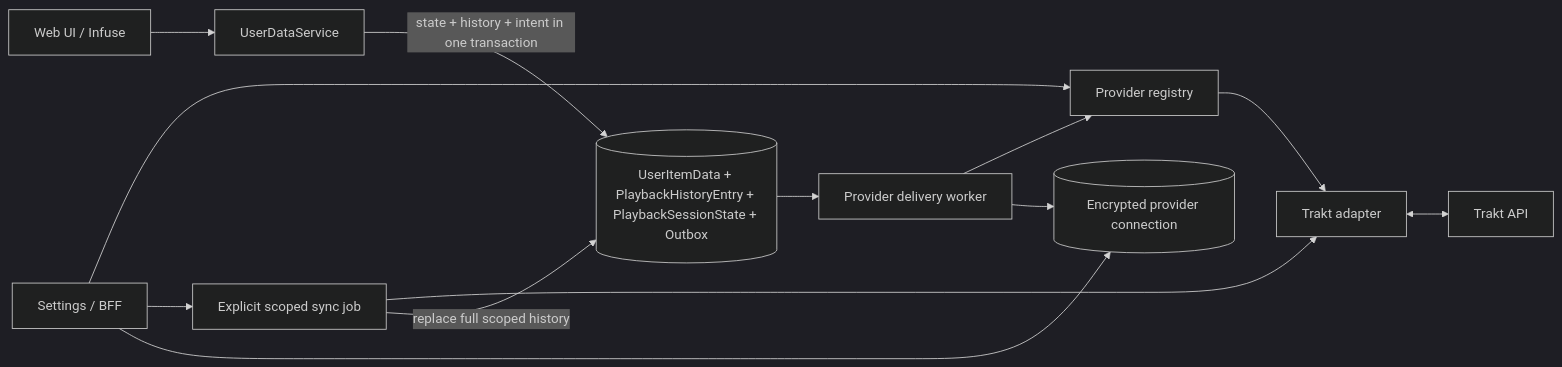
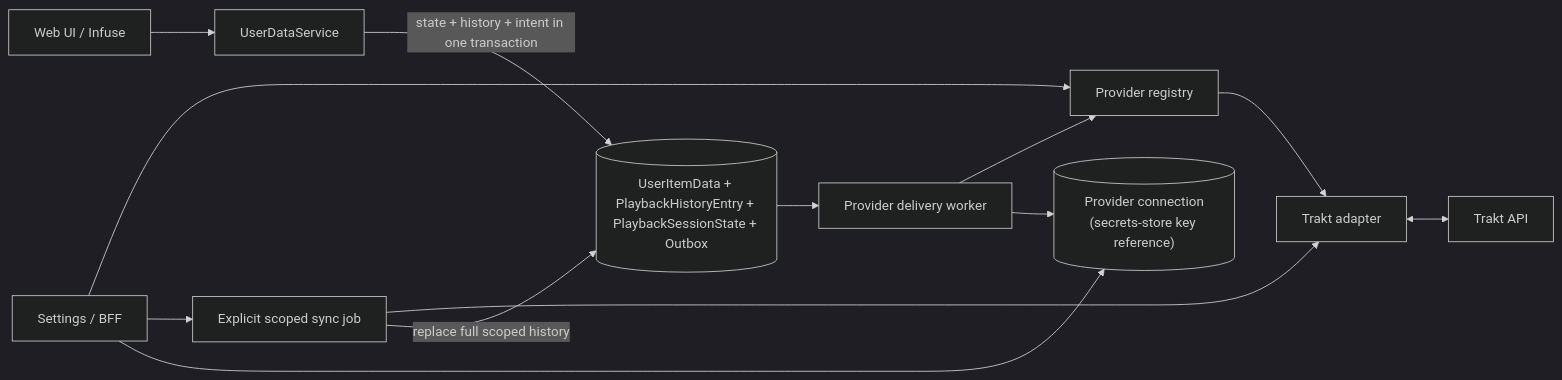
Before and after one commit to alex-de-haas/media-server: the diagram in docs/planning/trakt-watched-state-sync.md, drawn with Mermaid (dark theme). The commit also changed other lines of this file and 2 other files, not shown here.

First line of the commit message:
docs(trakt): store OAuth tokens in the Core secrets store (#83)

````diff
--- a/docs/planning/trakt-watched-state-sync.md
+++ b/docs/planning/trakt-watched-state-sync.md
@@ -714,15 +730,15 @@
 ```mermaid
 flowchart LR
   PLAYER["Web UI / Infuse"] --> UDS["UserDataService"]
   UDS -->|"state + history + intent in one transaction"| LOCAL[("UserItemData + PlaybackHistoryEntry + PlaybackSessionState + Outbox")]
   OUTBOX["Provider delivery worker"] --> REGISTRY["Provider registry"]
   LOCAL --> OUTBOX
   REGISTRY --> TRAKT_ADAPTER["Trakt adapter"]
   TRAKT_ADAPTER <--> TRAKT["Trakt API"]
   SETTINGS["Settings / BFF"] --> REGISTRY
   SETTINGS --> SYNC["Explicit scoped sync job"]
   SYNC --> TRAKT_ADAPTER
   SYNC -->|"replace full scoped history"| LOCAL
-  SETTINGS --> CONNECTION[("Encrypted provider connection")]
+  SETTINGS --> CONNECTION[("Provider connection<br/>(secrets-store key reference)")]
   OUTBOX --> CONNECTION
 ```
````
